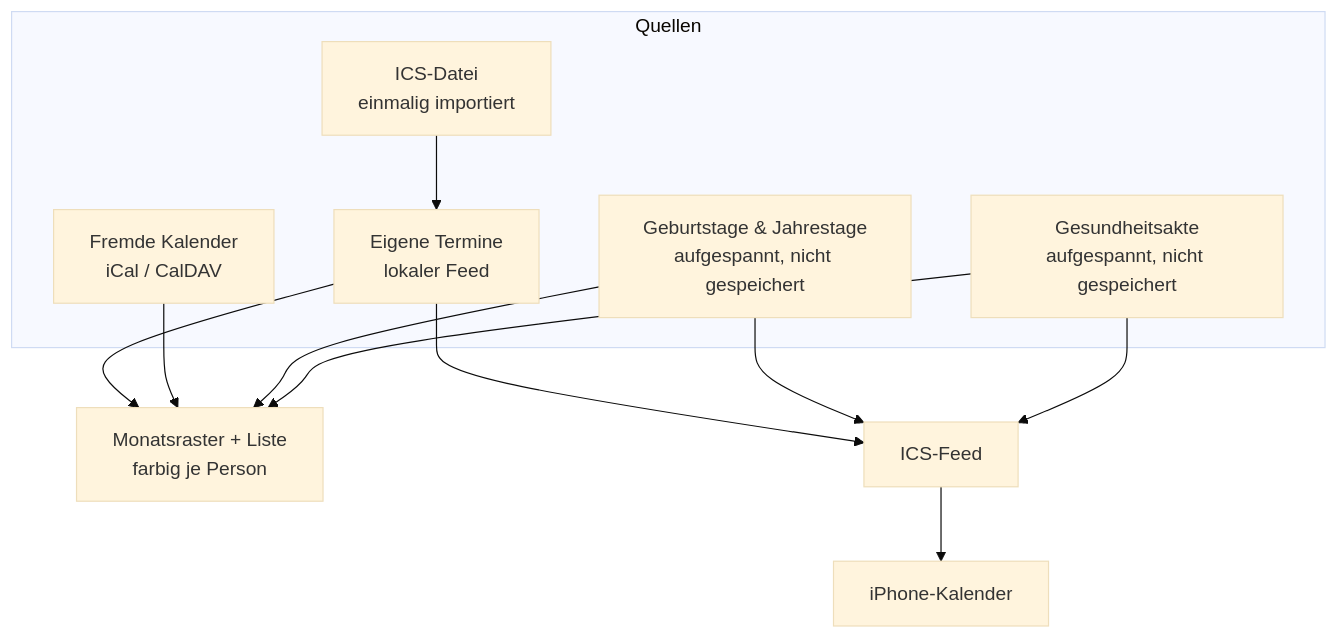
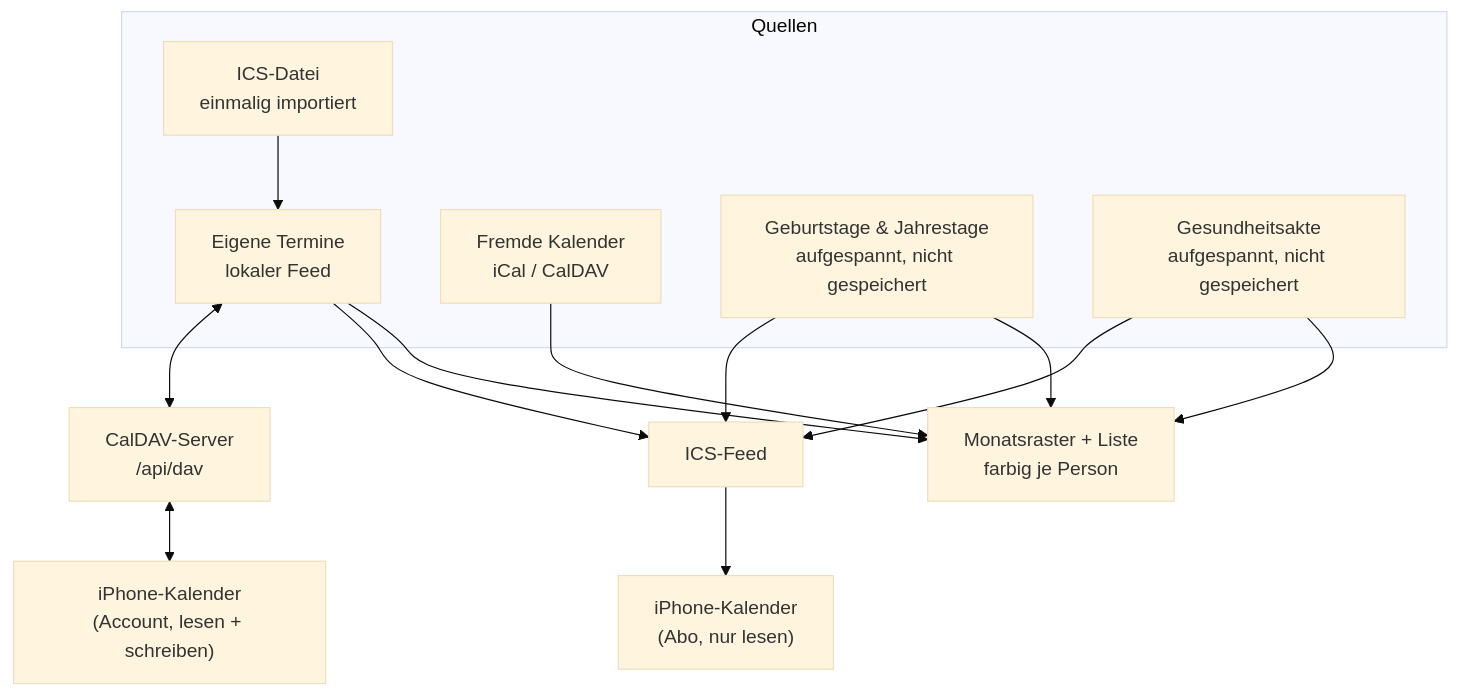
The diagram in docs/family/kalender.md (Nehmo101/UWE), drawn with Mermaid (base theme) before and after one commit. The commit also changed other lines of this file and 50 other files, not shown here.

First line of the commit message:
Family: CalDAV-Server fürs iPhone (bidirektionaler Kalender-Sync) + Rückbau Write-back (#115)

````diff
--- a/docs/family/kalender.md
+++ b/docs/family/kalender.md
@@ -5,21 +5,24 @@
 ```mermaid
 flowchart TB
   subgraph Quellen
     E["Eigene Termine<br/>lokaler Feed"]
     I["ICS-Datei<br/>einmalig importiert"]
     F["Fremde Kalender<br/>iCal / CalDAV"]
     G["Geburtstage & Jahrestage<br/>aufgespannt, nicht gespeichert"]
     H["Gesundheitsakte<br/>aufgespannt, nicht gespeichert"]
   end
 
   I --> E
   E --> V["Monatsraster + Liste<br/>farbig je Person"]
   F --> V
   G --> V
   H --> V
 
   E --> ICS["ICS-Feed"]
   G --> ICS
   H --> ICS
-  ICS --> P["iPhone-Kalender"]
+  ICS --> P["iPhone-Kalender<br/>(Abo, nur lesen)"]
+
+  E <--> DAV["CalDAV-Server<br/>/api/dav"]
+  DAV <--> Q["iPhone-Kalender<br/>(Account, lesen + schreiben)"]
 ```
````
